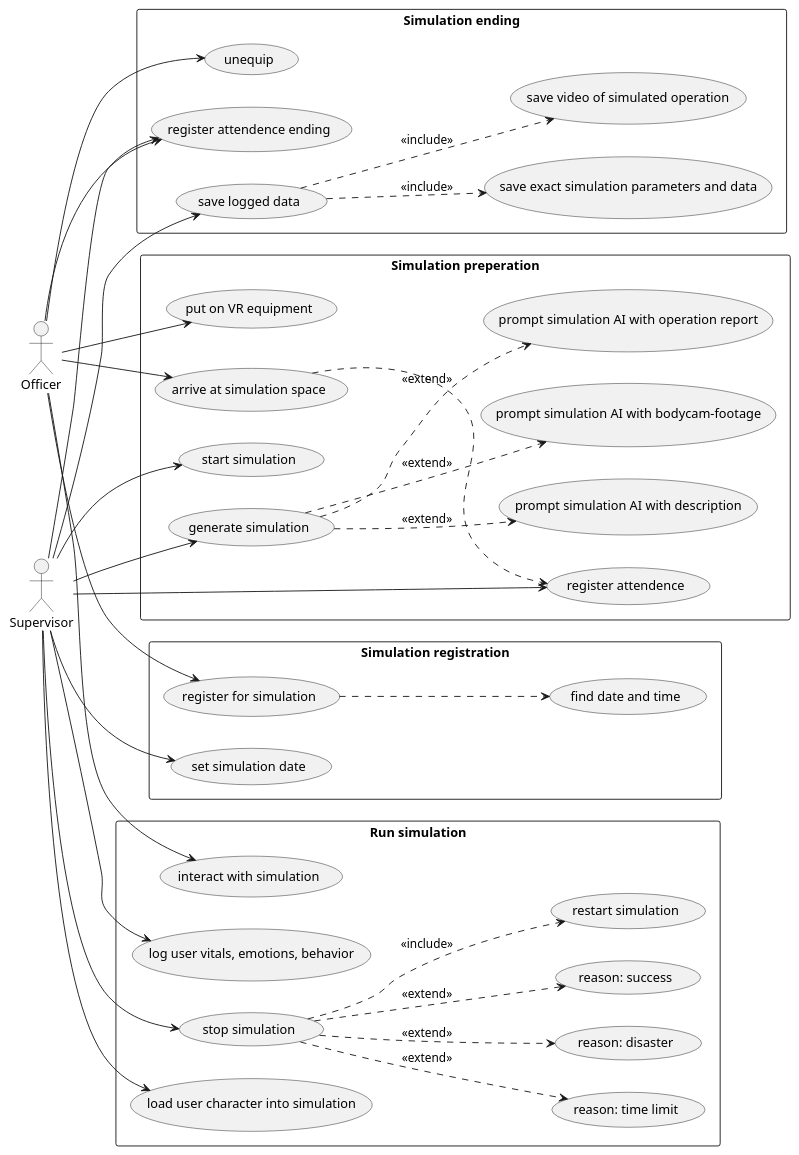
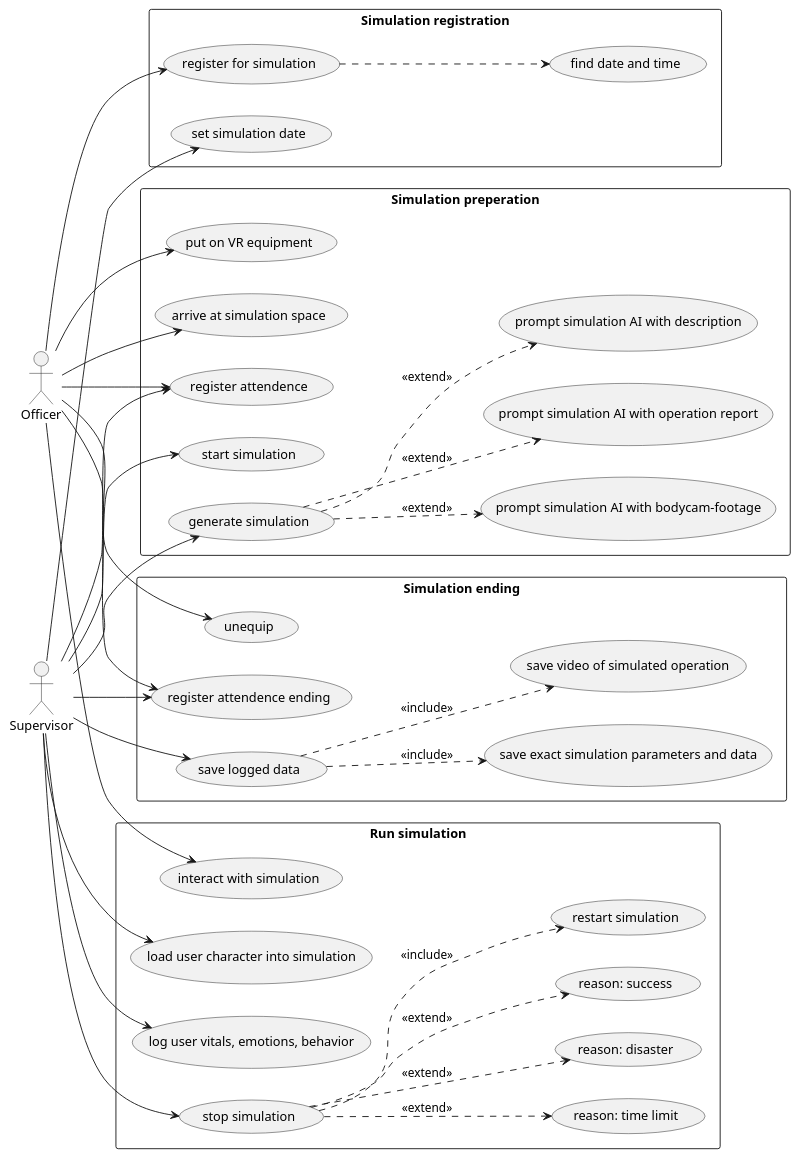
The diagram in diagrams/running-simulation-use-cases.puml (LinusVock/polisim-business), drawn with PlantUML before and after one commit.

```diff
--- a/diagrams/running-simulation-use-cases.puml
+++ b/diagrams/running-simulation-use-cases.puml
@@ -1,74 +1,74 @@
 @startuml
 left to right direction
  
 actor Officer
 actor Supervisor
 
 rectangle "Simulation registration" {
 	usecase "register for simulation" as UC1
 	usecase "find date and time" as UC2
 	usecase "set simulation date" as UC3
 }
 
 rectangle "Simulation preperation" {
 	usecase "arrive at simulation space" as UC4
 	usecase "register attendence" as UC5
 	usecase "put on VR equipment" as UC6
 	usecase "generate simulation" as UC7
 	usecase "prompt simulation AI with description" as UC7_0
 	usecase "prompt simulation AI with bodycam-footage" as UC7_1
 	usecase "prompt simulation AI with operation report" as UC7_2
 	usecase "start simulation" as UC8
 }
 
 rectangle "Run simulation" {
 	usecase "load user character into simulation" as UC9
 	usecase "interact with simulation" as UC10
 	usecase "log user vitals, emotions, behavior" as UC11
 	usecase "stop simulation" as UC12
 	usecase "reason: time limit" as UC12_0
 	usecase "reason: disaster" as UC12_1
 	usecase "reason: success" as UC12_2
 	usecase "restart simulation" as UC13
 }
 
 rectangle "Simulation ending" {
 	usecase "unequip" as UC14
 	usecase "save logged data" as UC15
 	usecase "save exact simulation parameters and data" as UC16
 	usecase "save video of simulated operation" as UC17
 	usecase "register attendence ending" as UC18
 }
  
 Officer --> UC1
 UC1 ..> UC2 <<include>>
 Supervisor --> UC3
 
 Officer --> UC4
-UC4 ..> UC5
+Officer --> UC5
 Supervisor --> UC5
 Officer --> UC6
 Supervisor --> UC7
 UC7 ..> UC7_0: <<extend>>
 UC7 ..> UC7_1: <<extend>>
 UC7 ..> UC7_2: <<extend>>
 Supervisor --> UC8
 
 Supervisor --> UC9
 Officer --> UC10
 Supervisor --> UC11
 Supervisor --> UC12
 UC12 ..> UC12_0: <<extend>>
 UC12 ..> UC12_1: <<extend>>
 UC12 ..> UC12_2: <<extend>>
 UC12 ..> UC13: <<include>>
 
 Officer --> UC14
 Supervisor --> UC15
 UC15 ..> UC16: <<include>>
 UC15 ..> UC17: <<include>>
 
 Officer --> UC18
 Supervisor --> UC18
   
 @enduml
```
